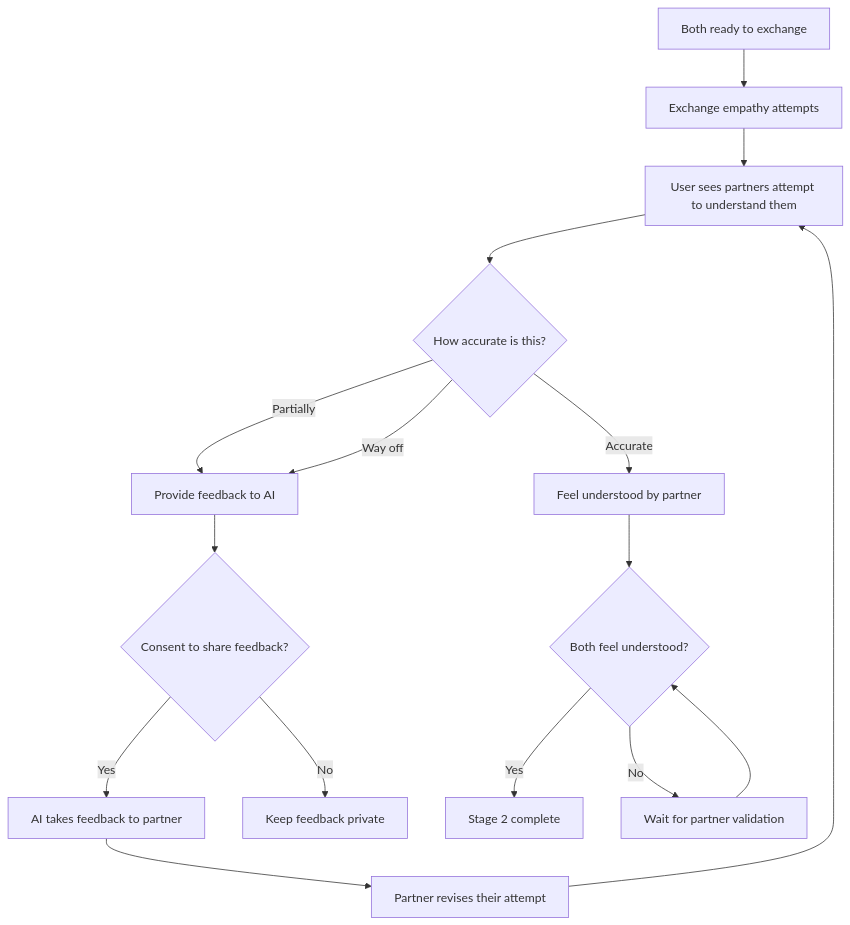
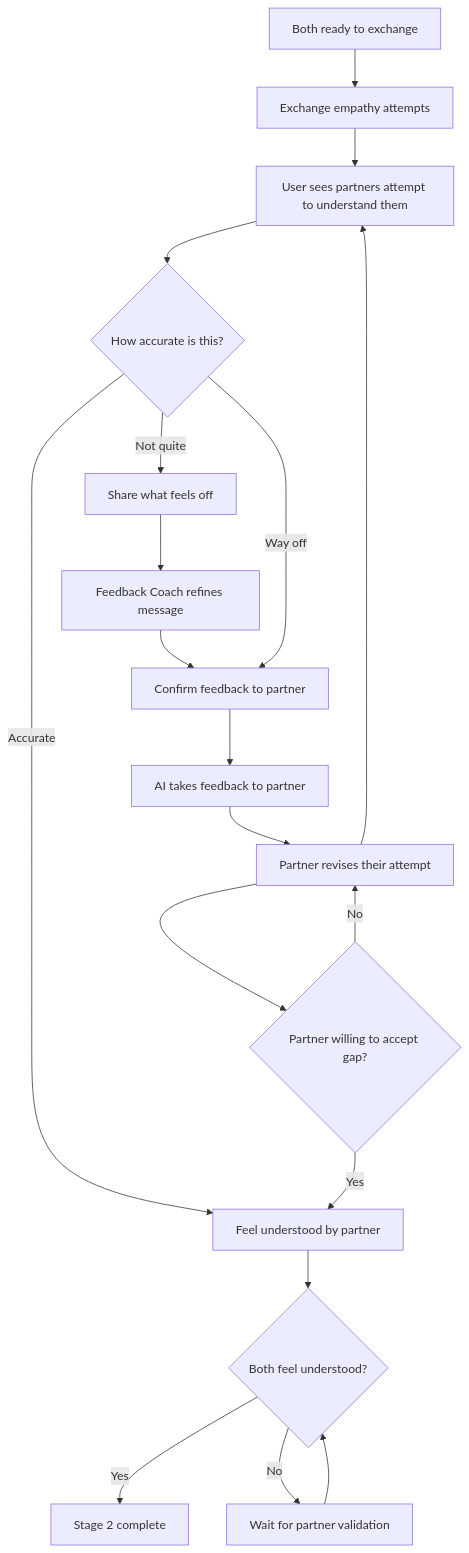
One commit to shantamg/meet-without-fear changed the second of 6 diagrams in docs/product/stages/stage-2-perspective-stretch.md. Above: the diagram before and after it, drawn with Mermaid. The commit also changed other lines of this file and 17 other files, not shown here.

Commit message:
address feedback coach review and docs

````diff
--- a/docs/product/stages/stage-2-perspective-stretch.md
+++ b/docs/product/stages/stage-2-perspective-stretch.md
@@ -81,23 +81,26 @@
 ```mermaid
 flowchart TD
     BothReady[Both ready to exchange] --> Exchange[Exchange empathy attempts]
 
     Exchange --> ReceiveAttempt[User sees partners attempt to understand them]
     ReceiveAttempt --> Feedback{How accurate is this?}
 
     Feedback -->|Accurate| Validated[Feel understood by partner]
-    Feedback -->|Partially| Clarify[Provide feedback to AI]
+    Feedback -->|Not quite| RoughNotes[Share what feels off]
+    RoughNotes --> Coach[Feedback Coach refines message]
+    Coach --> Clarify[Confirm feedback to partner]
     Feedback -->|Way off| Clarify
 
-    Clarify --> Consent2{Consent to share feedback?}
-    Consent2 -->|Yes| SendFeedback[AI takes feedback to partner]
-    Consent2 -->|No| Private[Keep feedback private]
+    Clarify --> SendFeedback[AI takes feedback to partner]
 
     SendFeedback --> PartnerRevises[Partner revises their attempt]
+    PartnerRevises --> AcceptGap{Partner willing to accept gap?}
+    AcceptGap -->|No| PartnerRevises
+    AcceptGap -->|Yes| Validated
     PartnerRevises --> ReceiveAttempt
 
     Validated --> BothValidated{Both feel understood?}
     BothValidated -->|Yes| Complete[Stage 2 complete]
     BothValidated -->|No| WaitPartner[Wait for partner validation]
     WaitPartner --> BothValidated
 ```
````
